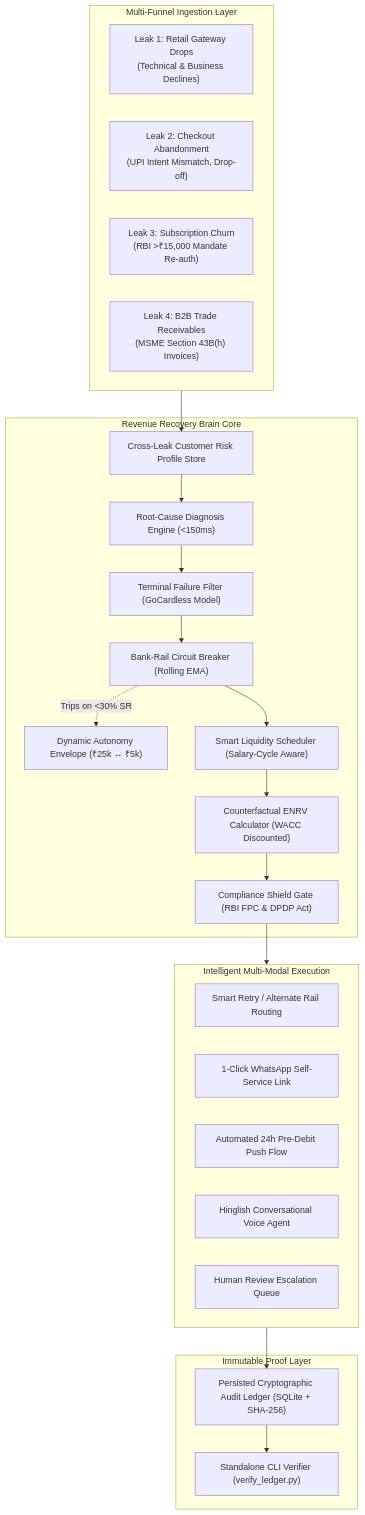
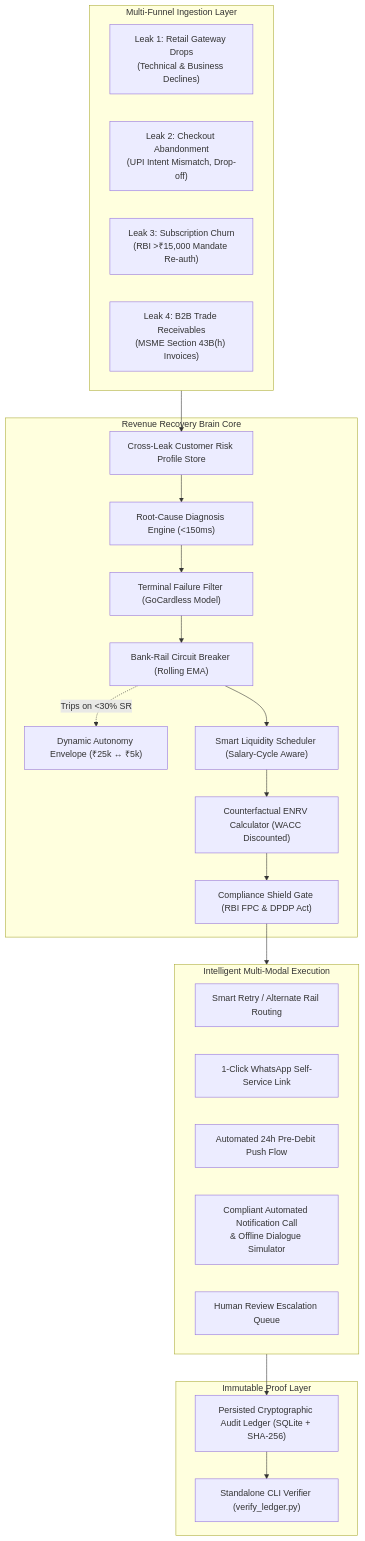
One commit to himanshu-2l/Razorpay-Recovery-Brain changed the diagram in README.md. Above: the diagram before and after it, drawn with Mermaid. The commit also changed other lines of this file and 3 other files, not shown here.

````diff
--- a/README.md
+++ b/README.md
@@ -28,45 +28,45 @@
 ```mermaid
 flowchart TD
     subgraph INGESTION["Multi-Funnel Ingestion Layer"]
         L1["Leak 1: Retail Gateway Drops<br/>(Technical & Business Declines)"]
         L2["Leak 2: Checkout Abandonment<br/>(UPI Intent Mismatch, Drop-off)"]
         L3["Leak 3: Subscription Churn<br/>(RBI >₹15,000 Mandate Re-auth)"]
         L4["Leak 4: B2B Trade Receivables<br/>(MSME Section 43B(h) Invoices)"]
     end
 
     subgraph ENGINE["Revenue Recovery Brain Core"]
         CL["Cross-Leak Customer Risk Profile Store"]
         DE["Root-Cause Diagnosis Engine (<150ms)"]
         FF["Terminal Failure Filter (GoCardless Model)"]
         CB["Bank-Rail Circuit Breaker (Rolling EMA)"]
         AE["Dynamic Autonomy Envelope (₹25k ↔ ₹5k)"]
         SS["Smart Liquidity Scheduler (Salary-Cycle Aware)"]
         ENRV["Counterfactual ENRV Calculator (WACC Discounted)"]
         CG["Compliance Shield Gate (RBI FPC & DPDP Act)"]
     end
 
     subgraph EXECUTION["Intelligent Multi-Modal Execution"]
         R1["Smart Retry / Alternate Rail Routing"]
         R2["1-Click WhatsApp Self-Service Link"]
         R3["Automated 24h Pre-Debit Push Flow"]
-        R4["Hinglish Conversational Voice Agent"]
+        R4["Compliant Automated Notification Call<br/>& Offline Dialogue Simulator"]
         ESC["Human Review Escalation Queue"]
     end
 
     subgraph AUDIT["Immutable Proof Layer"]
         AL["Persisted Cryptographic Audit Ledger (SQLite + SHA-256)"]
         VL["Standalone CLI Verifier (verify_ledger.py)"]
     end
 
     INGESTION --> CL
     CL --> DE
     DE --> FF
     FF --> CB
     CB -.->|Trips on <30% SR| AE
     CB --> SS
     SS --> ENRV
     ENRV --> CG
     CG --> EXECUTION
     EXECUTION --> AL
     AL --> VL
 ```
````
